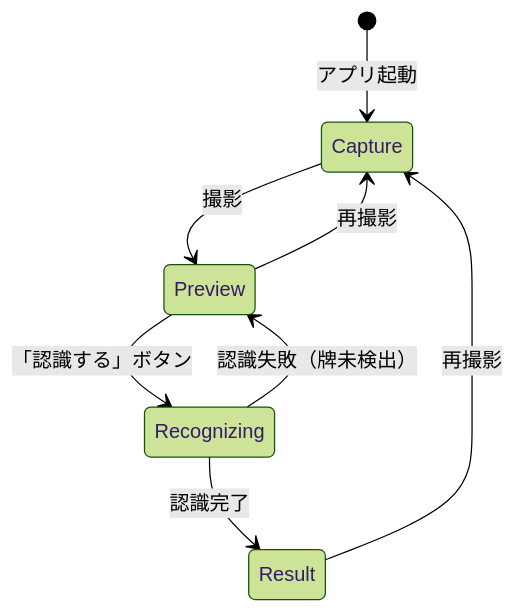
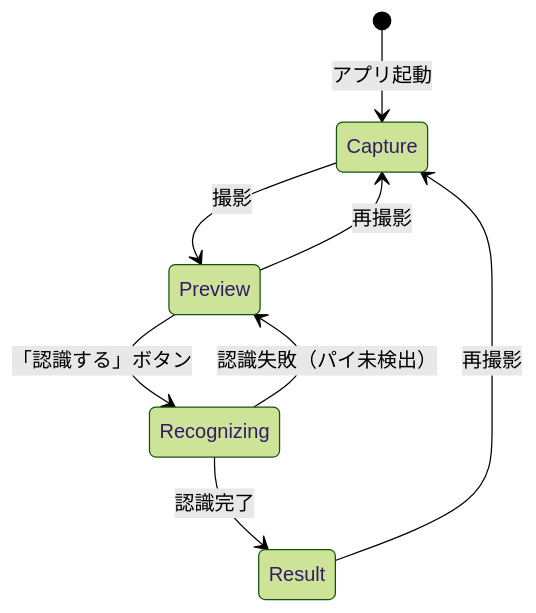
One commit to shokkunrf/nanjara changed the second of 2 diagrams in docs/design/pie-recognition/architecture.md. Above: the diagram before and after it, drawn with Mermaid (forest theme). The commit also changed other lines of this file and 3 other files, not shown here.

````diff
--- a/docs/design/pie-recognition/architecture.md
+++ b/docs/design/pie-recognition/architecture.md
@@ -114,10 +153,10 @@
 ```mermaid
 stateDiagram-v2
     [*] --> Capture: アプリ起動
     Capture --> Preview: 撮影
     Preview --> Capture: 再撮影
     Preview --> Recognizing: 「認識する」ボタン
     Recognizing --> Result: 認識完了
-    Recognizing --> Preview: 認識失敗（牌未検出）
+    Recognizing --> Preview: 認識失敗（パイ未検出）
     Result --> Capture: 再撮影
 ```
````
